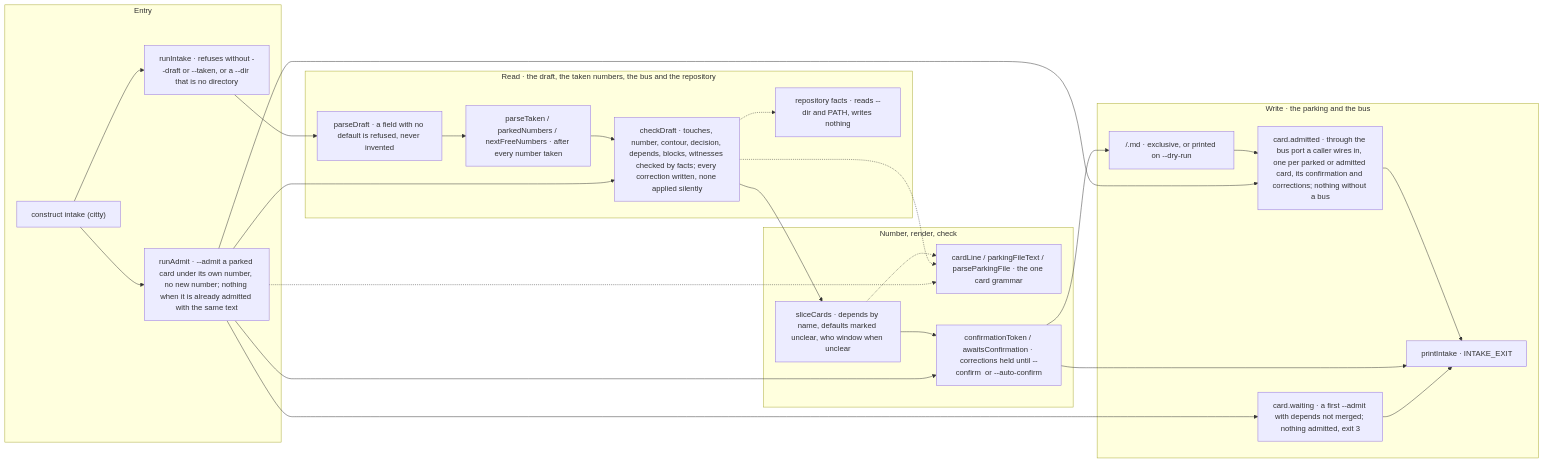
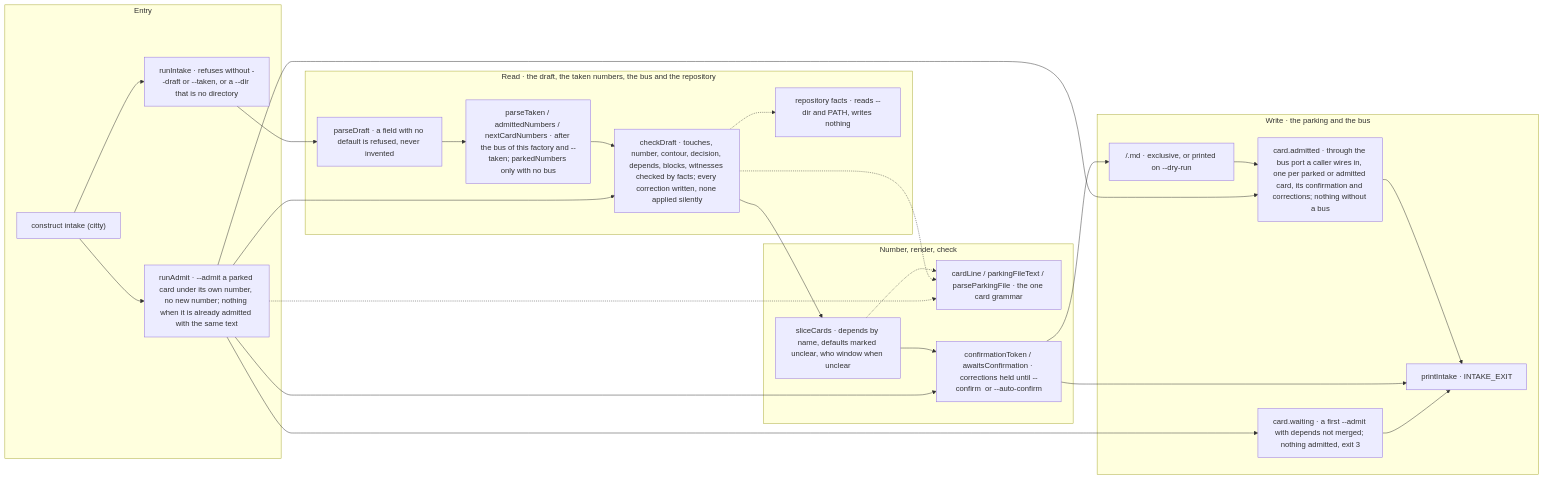
One commit to E1i/mikoshi-construct changed the diagram in architecture/intake.md. Above: the diagram before and after it, drawn with Mermaid. The commit also changed other lines of this file and 1 other file, not shown here.

Commit message:
answer for #1546 on PR #1327
Committed by the bus from the card's worktree after its answer session ended.

````diff
--- a/architecture/intake.md
+++ b/architecture/intake.md
@@ -10,45 +10,45 @@
 ```mermaid
 flowchart LR
   subgraph b_entry["Entry"]
     cli["construct intake (citty)"]
     run["runIntake · refuses without --draft or --taken, or a --dir that is no directory"]
     admit["runAdmit · --admit a parked card under its own number, no new number; nothing when it is already admitted with the same text"]
   end
   subgraph b_read["Read · the draft, the taken numbers, the bus and the repository"]
     draft["parseDraft · a field with no default is refused, never invented"]
-    numbers["parseTaken / parkedNumbers / nextFreeNumbers · after every number taken"]
+    numbers["parseTaken / admittedNumbers / nextCardNumbers · after the bus of this factory and --taken; parkedNumbers only with no bus"]
     check["checkDraft · touches, number, contour, decision, depends, blocks, witnesses checked by facts; every correction written, none applied silently"]
     facts["repository facts · reads --dir and PATH, writes nothing"]
   end
   subgraph b_slice["Number, render, check"]
     slice["sliceCards · depends by name, defaults marked unclear, who window when unclear"]
     grammar["cardLine / parkingFileText / parseParkingFile · the one card grammar"]
     confirm["confirmationToken / awaitsConfirmation · corrections held until --confirm <token> or --auto-confirm"]
   end
   subgraph b_write["Write · the parking and the bus"]
     write["<parking>/<id>.md · exclusive, or printed on --dry-run"]
     admitted["card.admitted · through the bus port a caller wires in, one per parked or admitted card, its confirmation and corrections; nothing without a bus"]
     waiting["card.waiting · a first --admit with depends not merged; nothing admitted, exit 3"]
     print["printIntake · INTAKE_EXIT"]
   end
   cli --> run
   cli --> admit
   admit -.-> grammar
   admit --> check
   admit --> confirm
   admit --> waiting
   admit --> admitted
   waiting --> print
   run --> draft
   draft --> numbers
   numbers --> check
   check --> slice
   check -.-> facts
   check -.-> grammar
   slice -.-> grammar
   slice --> confirm
   confirm --> write
   confirm --> print
   write --> admitted
   admitted --> print
 ```
````
